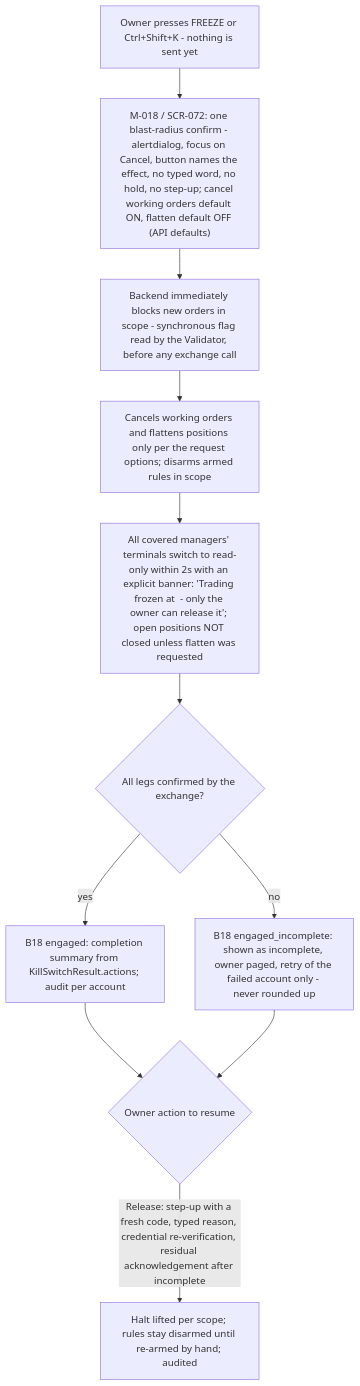
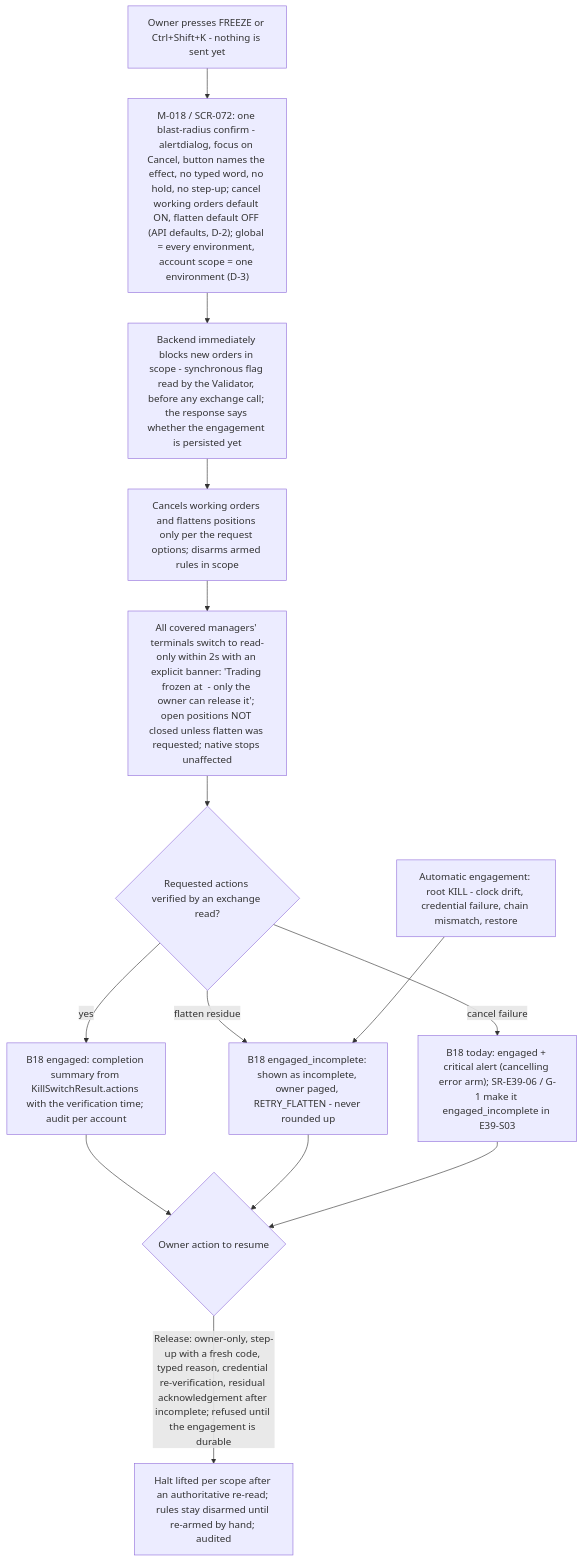
Diagram 24 of 25 in docs/plan/13-user-flows.md (CandleViewer/CandleViewer), drawn with Mermaid before and after one commit. The commit also changed other lines of this file and 4 other files, not shown here.

````diff
--- a/docs/plan/13-user-flows.md
+++ b/docs/plan/13-user-flows.md
@@ -635,13 +635,16 @@
 ```mermaid
 flowchart TD
-  A[Owner presses FREEZE or Ctrl+Shift+K - nothing is sent yet] --> B["M-018 / SCR-072: one blast-radius confirm - alertdialog, focus on Cancel, button names the effect, no typed word, no hold, no step-up; cancel working orders default ON, flatten default OFF (API defaults)"]
-  B --> C[Backend immediately blocks new orders in scope - synchronous flag read by the Validator, before any exchange call]
+  A[Owner presses FREEZE or Ctrl+Shift+K - nothing is sent yet] --> B["M-018 / SCR-072: one blast-radius confirm - alertdialog, focus on Cancel, button names the effect, no typed word, no hold, no step-up; cancel working orders default ON, flatten default OFF (API defaults, D-2); global = every environment, account scope = one environment (D-3)"]
+  B --> C[Backend immediately blocks new orders in scope - synchronous flag read by the Validator, before any exchange call; the response says whether the engagement is persisted yet]
   C --> D[Cancels working orders and flattens positions only per the request options; disarms armed rules in scope]
-  D --> E[All covered managers' terminals switch to read-only within 2s with an explicit banner: 'Trading frozen at <time> - only the owner can release it'; open positions NOT closed unless flatten was requested]
-  E --> F{All legs confirmed by the exchange?}
-  F -->|yes| G[B18 engaged: completion summary from KillSwitchResult.actions; audit per account]
-  F -->|no| H[B18 engaged_incomplete: shown as incomplete, owner paged, retry of the failed account only - never rounded up]
+  D --> E[All covered managers' terminals switch to read-only within 2s with an explicit banner: 'Trading frozen at <time> - only the owner can release it'; open positions NOT closed unless flatten was requested; native stops unaffected]
+  E --> F{Requested actions verified by an exchange read?}
+  F -->|yes| G[B18 engaged: completion summary from KillSwitchResult.actions with the verification time; audit per account]
+  F -->|flatten residue| H[B18 engaged_incomplete: shown as incomplete, owner paged, RETRY_FLATTEN - never rounded up]
+  F -->|cancel failure| H2["B18 today: engaged + critical alert (cancelling error arm); SR-E39-06 / G-1 make it engaged_incomplete in E39-S03"]
+  K[Automatic engagement: root KILL - clock drift, credential failure, chain mismatch, restore] --> H
   G --> I{Owner action to resume}
   H --> I
-  I -->|Release: step-up with a fresh code, typed reason, credential re-verification, residual acknowledgement after incomplete| J[Halt lifted per scope; rules stay disarmed until re-armed by hand; audited]
+  H2 --> I
+  I -->|Release: owner-only, step-up with a fresh code, typed reason, credential re-verification, residual acknowledgement after incomplete; refused until the engagement is durable| J[Halt lifted per scope after an authoritative re-read; rules stay disarmed until re-armed by hand; audited]
 ```
````
